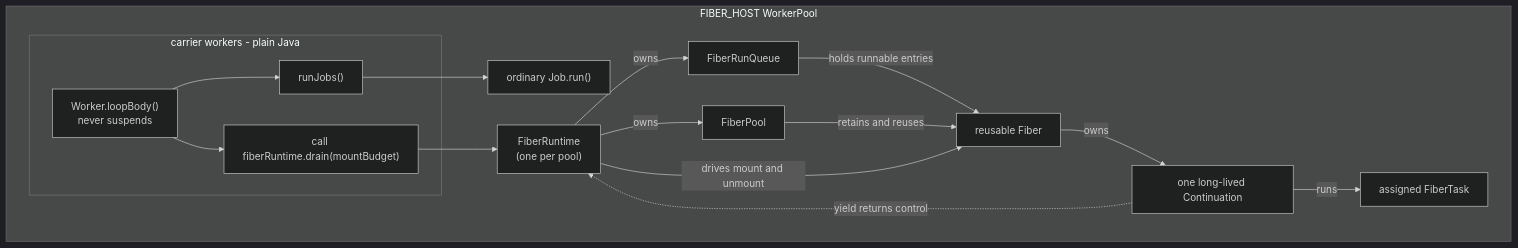
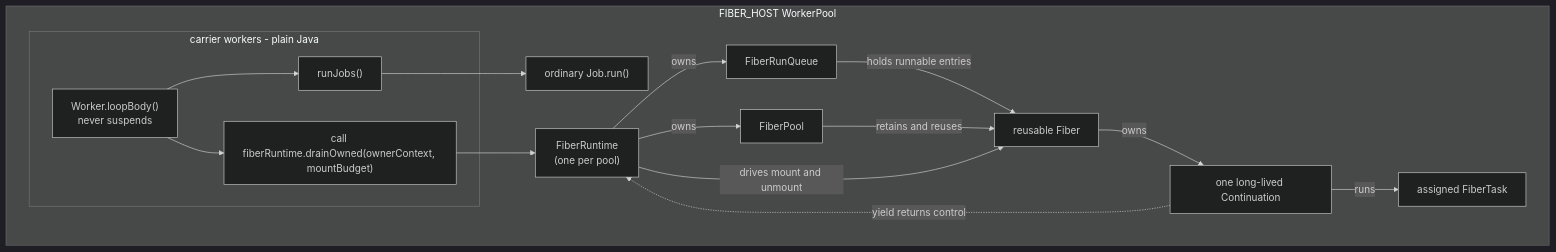
Before and after one commit to questdb/questdb: the first of 4 diagrams in core/src/main/java/io/questdb/mp/continuation/DESIGN_NOTES.md, drawn with Mermaid (dark theme). The commit also changed other lines of this file and 26 other files, not shown here.

````diff
--- a/core/src/main/java/io/questdb/mp/continuation/DESIGN_NOTES.md
+++ b/core/src/main/java/io/questdb/mp/continuation/DESIGN_NOTES.md
@@ -39,31 +40,31 @@
 ```mermaid
 flowchart TB
     subgraph P["FIBER_HOST WorkerPool"]
         R["FiberRuntime<br/>(one per pool)"]
         Q["FiberRunQueue"]
         FP["FiberPool"]
         F["reusable Fiber"]
         C["one long-lived Continuation"]
         T["assigned FiberTask"]
         O["ordinary Job.run()"]
 
         subgraph W["carrier workers - plain Java"]
             L["Worker.loopBody()<br/>never suspends"]
             J["runJobs()"]
-            D["call fiberRuntime.drain(mountBudget)"]
+            D["call fiberRuntime.drainOwned(ownerContext, mountBudget)"]
             L --> J
             L --> D
         end
 
         J --> O
         D --> R
         R -->|owns| Q
         R -->|owns| FP
         Q -->|holds runnable entries| F
         FP -->|retains and reuses| F
         R -->|drives mount and unmount| F
         F -->|owns| C
         C -->|runs| T
         C -. yield returns control .-> R
     end
 ```
````
